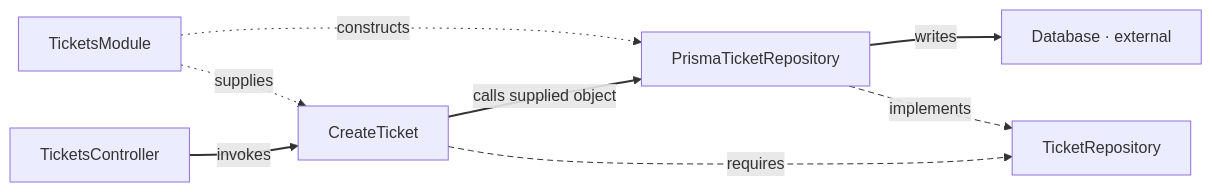
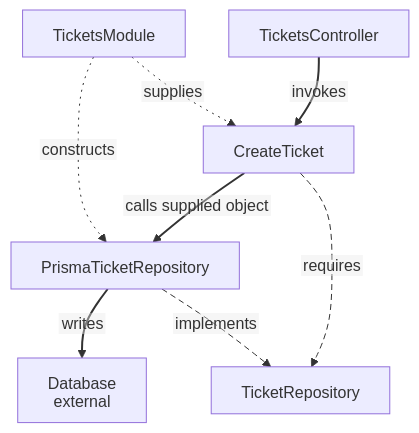
The diagram in architecture/styles/onion-architecture/7-onion-on-the-backend.md (AndresTaoFlorez/software-architecture), drawn with Mermaid before and after one commit. The commit also changed other lines of this file and 79 other files, not shown here.

````diff
--- a/architecture/styles/onion-architecture/7-onion-on-the-backend.md
+++ b/architecture/styles/onion-architecture/7-onion-on-the-backend.md
@@ -30,13 +47,14 @@
 ```mermaid
-flowchart LR
+%%{init: {"htmlLabels": false, "flowchart": {"htmlLabels": false, "nodeSpacing": 28, "rankSpacing": 48, "diagramPadding": 20, "wrappingWidth": 280}, "sequence": {"wrap": true, "diagramMarginX": 20, "diagramMarginY": 20}}}%%
+flowchart TB
     H["TicketsController"] -->|"invokes"| U["CreateTicket"]
     U -->|"calls supplied object"| I["PrismaTicketRepository"]
-    I -->|"writes"| DB["Database · external"]
+    I -->|"writes"| DB["Database<br/>external"]
     U -.->|"requires"| P["TicketRepository"]
     I -.->|"implements"| P
     C["TicketsModule"] -.->|"constructs"| I
     C -.->|"supplies"| U
     linkStyle 0,1,2 stroke-width:2px
     linkStyle 3,4 stroke-width:1px,stroke-dasharray:6 4
     linkStyle 5,6 stroke-width:1px,stroke-dasharray:2 5
 ```
````
